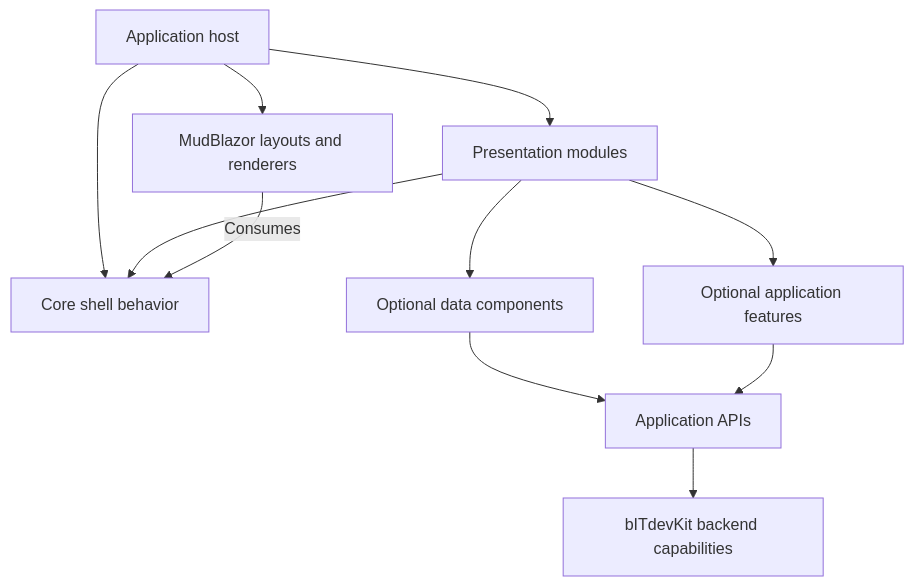
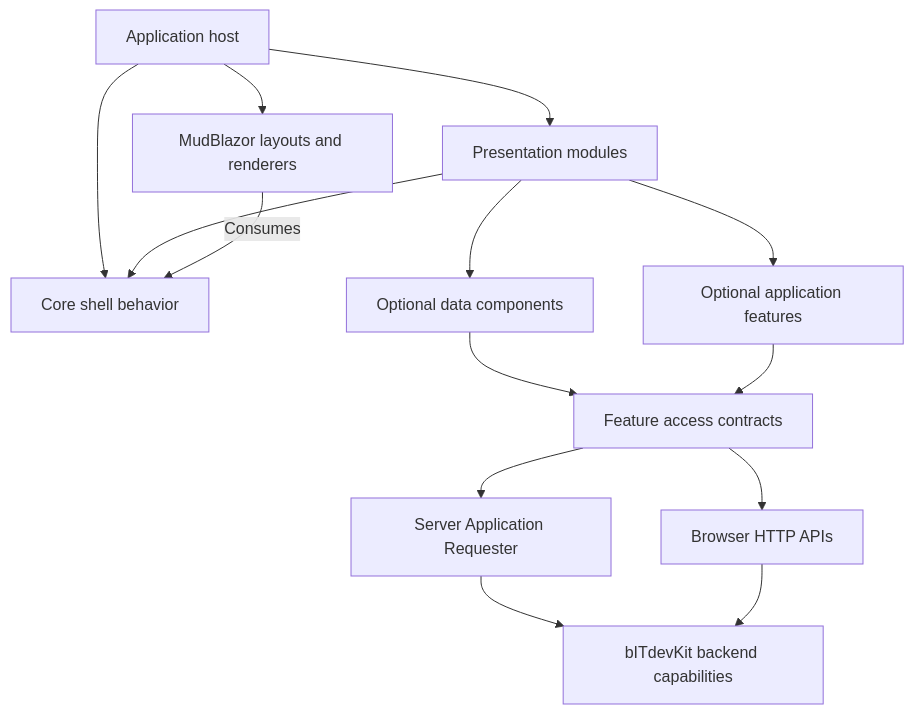
One commit to BridgingIT-GmbH/bITdevKit changed the first of 10 diagrams in docs/specs/spec-blazor-presentation-framework.md. Above: the diagram before and after it, drawn with Mermaid. The commit also changed other lines of this file, not shown here.

````diff
--- a/docs/specs/spec-blazor-presentation-framework.md
+++ b/docs/specs/spec-blazor-presentation-framework.md
@@ -89,21 +89,26 @@
 ```mermaid
 flowchart TD
     Host["Application host"]
     Modules["Presentation modules"]
     Core["Core shell behavior"]
     Views["MudBlazor layouts and renderers"]
     Data["Optional data components"]
     Features["Optional application features"]
-    APIs["Application APIs"]
+    Access["Feature access contracts"]
+    Requests["Server Application Requester"]
+    APIs["Browser HTTP APIs"]
     Backend["bITdevKit backend capabilities"]
     Host --> Modules
     Host --> Core
     Modules --> Core
     Host --> Views
     Views -->|"Consumes"| Core
     Modules --> Data
     Modules --> Features
-    Data --> APIs
-    Features --> APIs
+    Data --> Access
+    Features --> Access
+    Access --> Requests
+    Access --> APIs
+    Requests --> Backend
     APIs --> Backend
 ```
````
